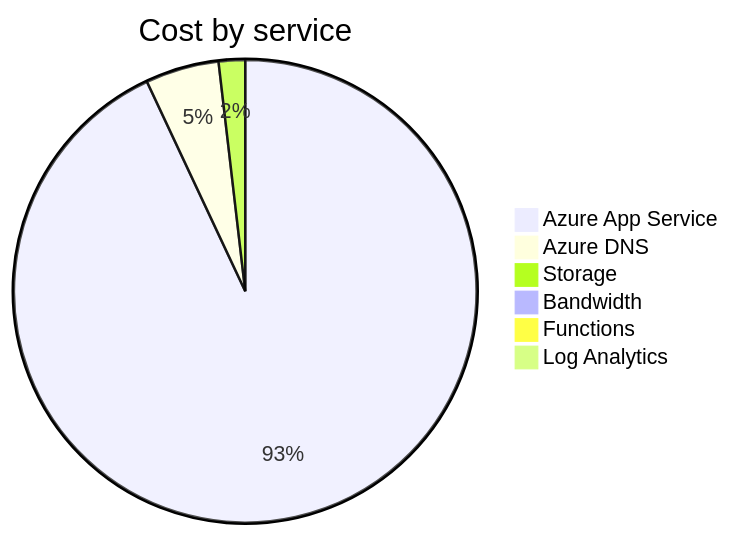
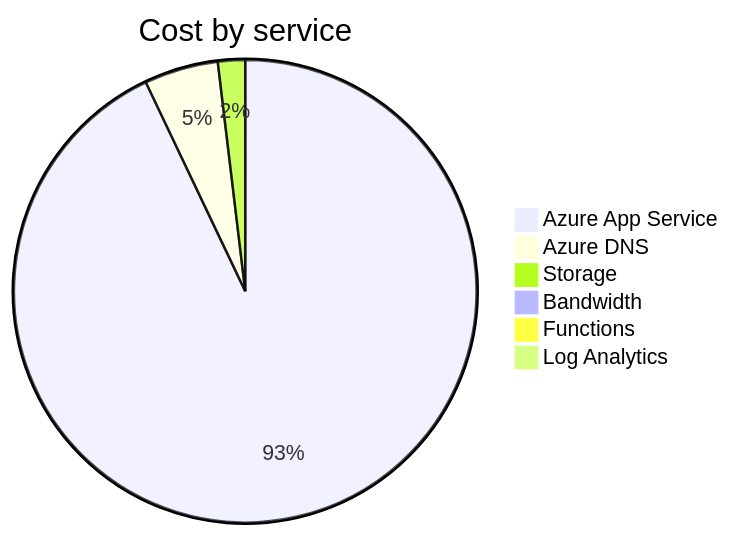
Before and after one commit to jpfulton/azure-personal-reports: the second of 4 diagrams in cost-reports/accumulated-cost.md, drawn with Mermaid. The commit also changed other lines of this file and 4 other files, not shown here.

````diff
--- a/cost-reports/accumulated-cost.md
+++ b/cost-reports/accumulated-cost.md
@@ -98,10 +98,10 @@
 ```mermaid
 pie
    title Cost by service
-   "Azure App Service" : 11.59
-   "Azure DNS" : 0.64
-   "Storage" : 0.23
+   "Azure App Service" : 12.23
+   "Azure DNS" : 0.68
+   "Storage" : 0.25
    "Bandwidth" : 0.00
    "Functions" : 0.00
    "Log Analytics" : 0.00
 ```
````
